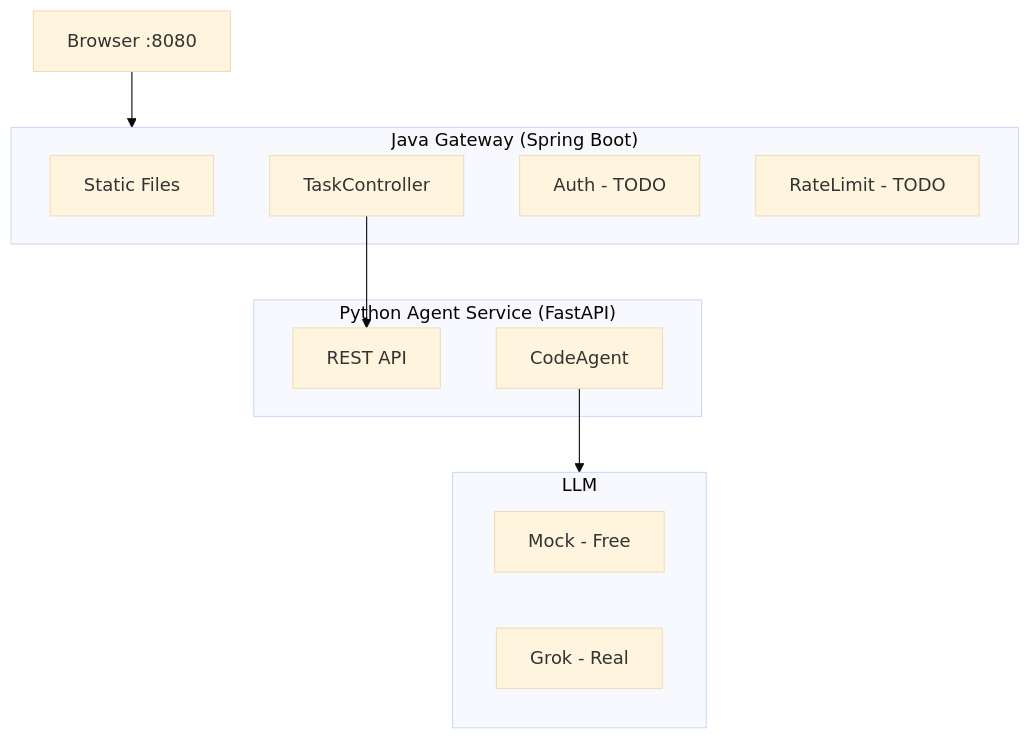
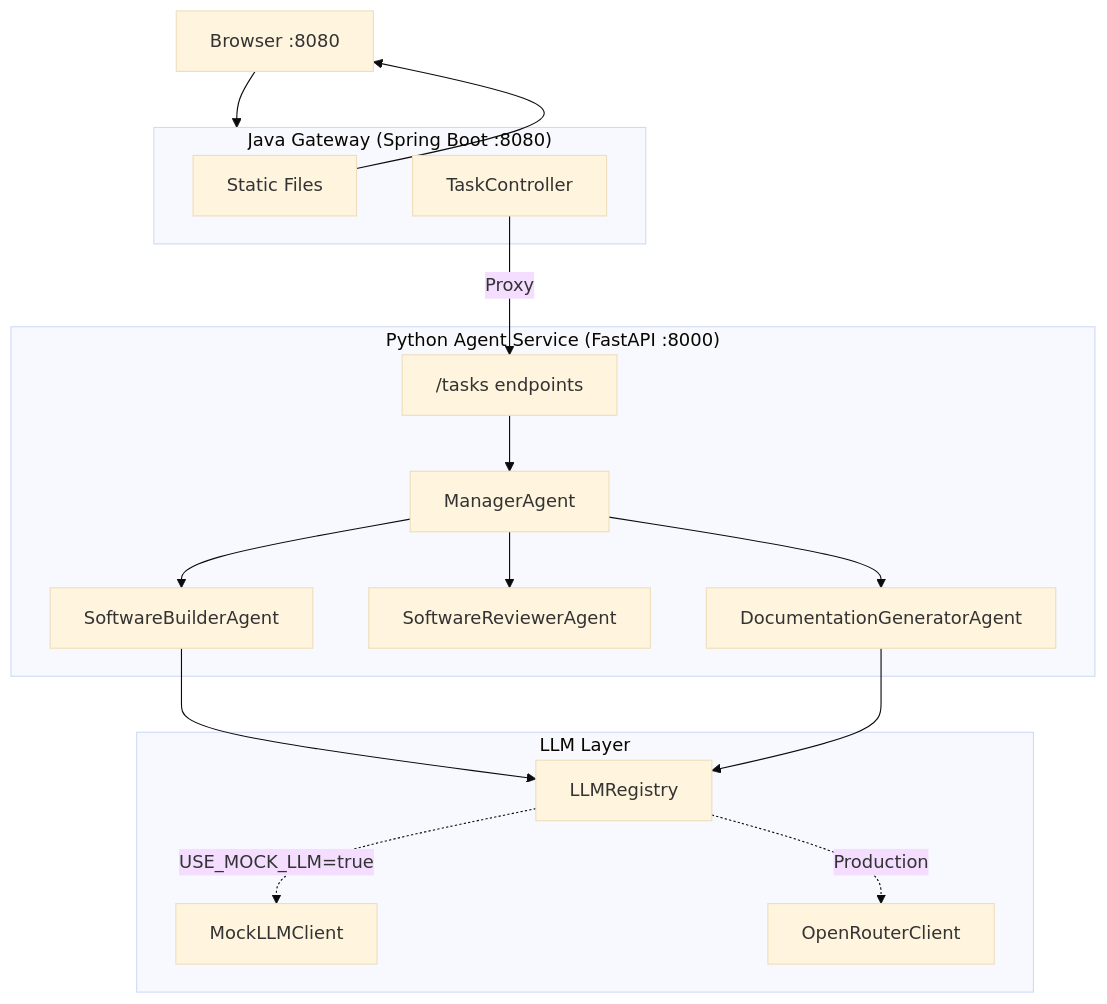
One commit to aregmii/langgraph-agentic-dev-starter changed the first of 4 diagrams in README.md. Above: the diagram before and after it, drawn with Mermaid (base theme). The commit also changed other lines of this file and 24 other files, not shown here.

````diff
--- a/README.md
+++ b/README.md
@@ -28,25 +41,35 @@
 ```mermaid
 flowchart TB
     Browser[Browser :8080]
 
-    subgraph Gateway["Java Gateway (Spring Boot)"]
+    subgraph Gateway["Java Gateway (Spring Boot :8080)"]
         Static[Static Files]
-        Proxy[TaskController]
-        Auth[Auth - TODO]
-        Rate[RateLimit - TODO]
+        TaskCtrl[TaskController]
     end
 
-    subgraph Agent["Python Agent Service (FastAPI)"]
-        API[REST API]
-        CodeAgent[CodeAgent]
+    subgraph Agent["Python Agent Service (FastAPI :8000)"]
+        Routes["/tasks endpoints"]
+        Manager[ManagerAgent]
+        Builder[SoftwareBuilderAgent]
+        Reviewer[SoftwareReviewerAgent]
+        DocGen[DocumentationGeneratorAgent]
     end
 
-    subgraph LLM["LLM"]
-        Mock[Mock - Free]
-        Grok[Grok - Real]
+    subgraph LLM["LLM Layer"]
+        Registry[LLMRegistry]
+        Mock[MockLLMClient]
+        OpenRouter[OpenRouterClient]
     end
 
     Browser --> Gateway
-    Proxy --> API
-    CodeAgent --> LLM
+    Static --> Browser
+    TaskCtrl -->|Proxy| Routes
+    Routes --> Manager
+    Manager --> Builder
+    Manager --> Reviewer
+    Manager --> DocGen
+    Builder --> Registry
+    DocGen --> Registry
+    Registry -.->|USE_MOCK_LLM=true| Mock
+    Registry -.->|Production| OpenRouter
 ```
````
